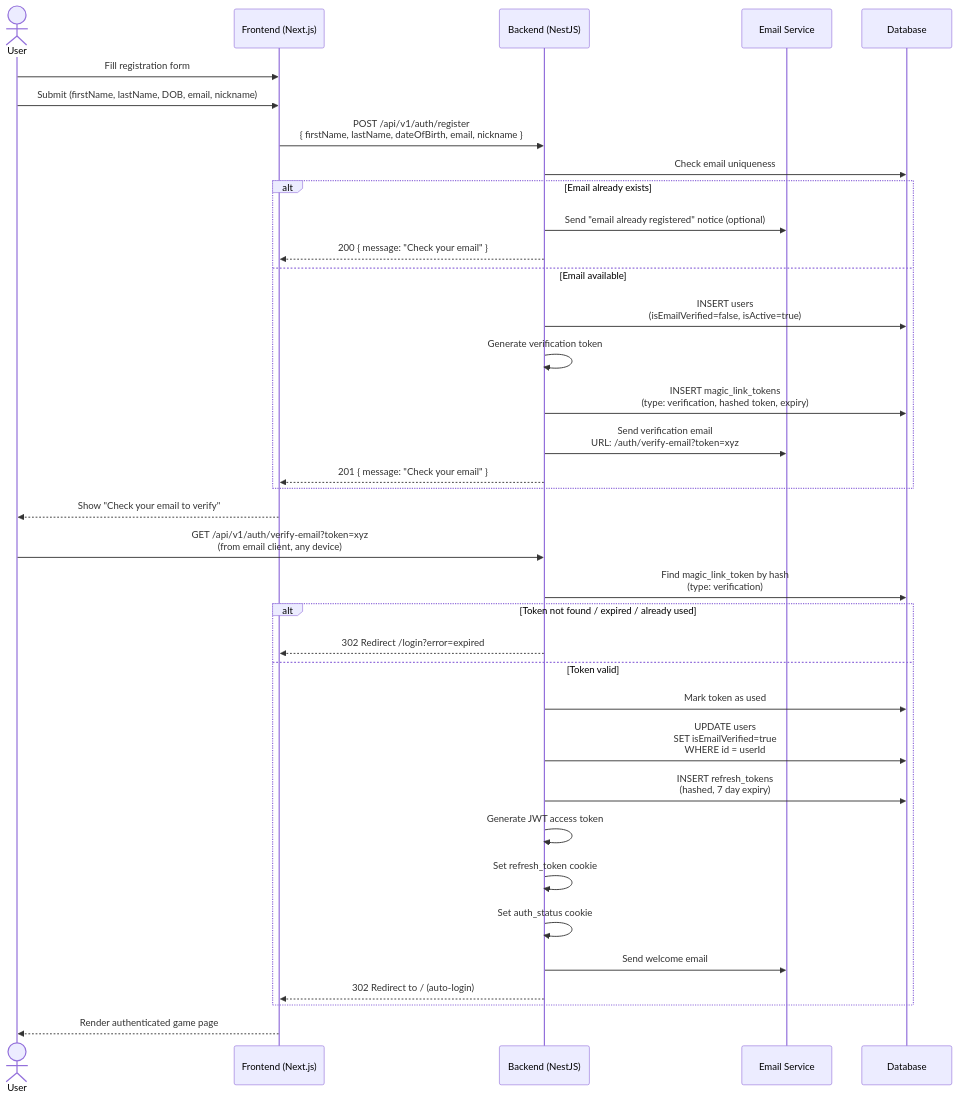
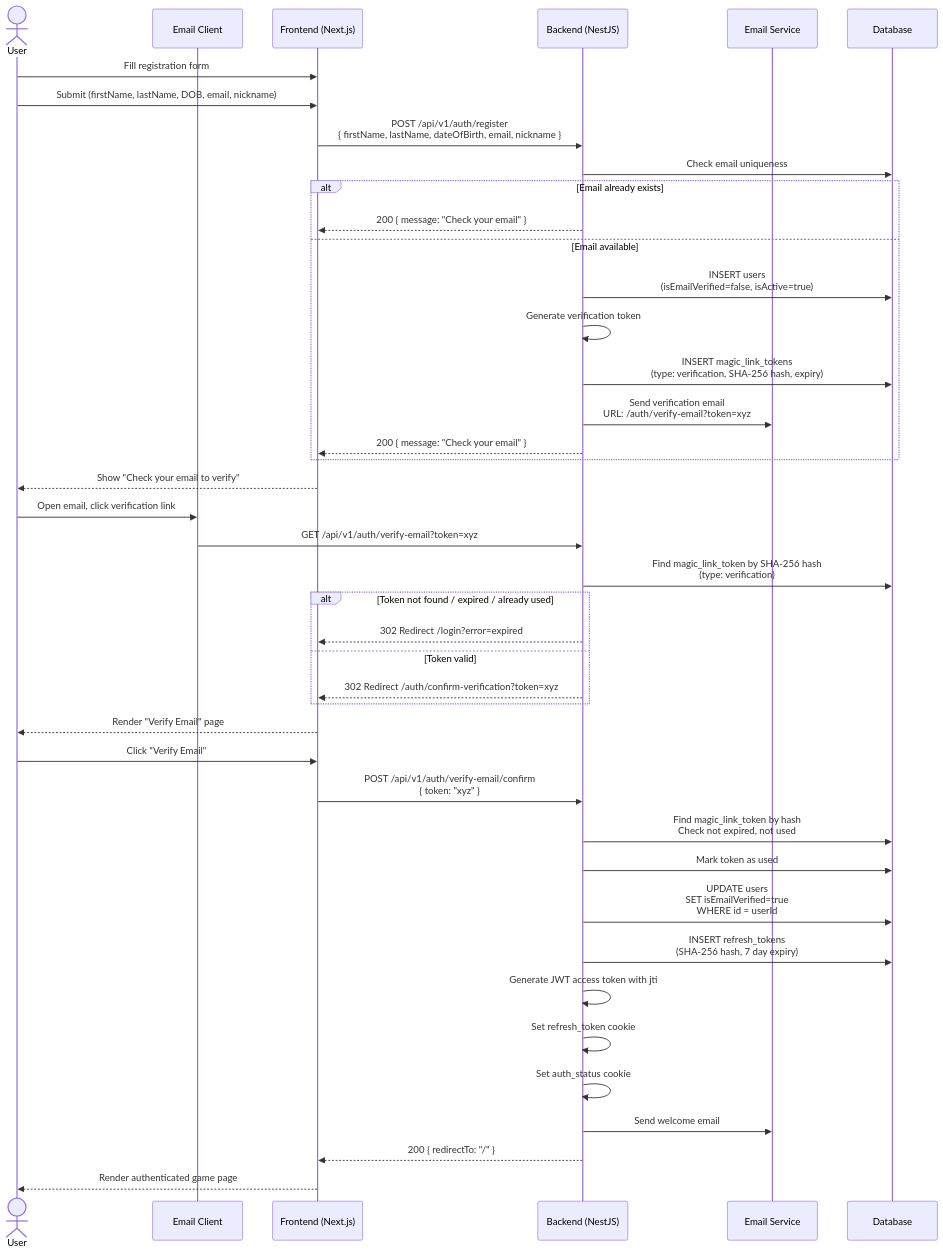
One commit to Labs-de-Games/guardiao-da-cultura changed the second of 5 diagrams in authentication-authorization-implementation-plan.md. Above: the diagram before and after it, drawn with Mermaid. The commit also changed other lines of this file, not shown here.

Commit message:
docs(auth): revise implementation plan with security fixes and architectural corrections

````diff
--- a/authentication-authorization-implementation-plan.md
+++ b/authentication-authorization-implementation-plan.md
@@ -138,44 +167,52 @@
 ```mermaid
 sequenceDiagram
     actor U as User
+    participant M as Email Client
     participant F as Frontend (Next.js)
     participant B as Backend (NestJS)
     participant E as Email Service
     participant DB as Database
 
     U->>F: Fill registration form
     U->>F: Submit (firstName, lastName, DOB, email, nickname)
     F->>B: POST /api/v1/auth/register<br/>{ firstName, lastName, dateOfBirth, email, nickname }
 
     B->>DB: Check email uniqueness
     alt Email already exists
-        B->>E: Send "email already registered" notice (optional)
         B-->>F: 200 { message: "Check your email" }
     else Email available
         B->>DB: INSERT users<br/>(isEmailVerified=false, isActive=true)
         B->>B: Generate verification token
-        B->>DB: INSERT magic_link_tokens<br/>(type: verification, hashed token, expiry)
+        B->>DB: INSERT magic_link_tokens<br/>(type: verification, SHA-256 hash, expiry)
         B->>E: Send verification email<br/>URL: /auth/verify-email?token=xyz
-        B-->>F: 201 { message: "Check your email" }
+        B-->>F: 200 { message: "Check your email" }
     end
 
     F-->>U: Show "Check your email to verify"
 
-    U->>B: GET /api/v1/auth/verify-email?token=xyz<br/>(from email client, any device)
+    U->>M: Open email, click verification link
+    M->>B: GET /api/v1/auth/verify-email?token=xyz
 
-    B->>DB: Find magic_link_token by hash<br/>(type: verification)
+    B->>DB: Find magic_link_token by SHA-256 hash<br/>(type: verification)
     alt Token not found / expired / already used
         B-->>F: 302 Redirect /login?error=expired
     else Token valid
-        B->>DB: Mark token as used
-        B->>DB: UPDATE users<br/>SET isEmailVerified=true<br/>WHERE id = userId
-        B->>DB: INSERT refresh_tokens<br/>(hashed, 7 day expiry)
-        B->>B: Generate JWT access token
-        B->>B: Set refresh_token cookie
-        B->>B: Set auth_status cookie
-        B->>E: Send welcome email
-        B-->>F: 302 Redirect to / (auto-login)
+        B-->>F: 302 Redirect /auth/confirm-verification?token=xyz
     end
+
+    F-->>U: Render "Verify Email" page
+    U->>F: Click "Verify Email"
+    F->>B: POST /api/v1/auth/verify-email/confirm<br/>{ token: "xyz" }
+
+    B->>DB: Find magic_link_token by hash<br/>Check not expired, not used
+    B->>DB: Mark token as used
+    B->>DB: UPDATE users<br/>SET isEmailVerified=true<br/>WHERE id = userId
+    B->>DB: INSERT refresh_tokens<br/>(SHA-256 hash, 7 day expiry)
+    B->>B: Generate JWT access token with jti
+    B->>B: Set refresh_token cookie
+    B->>B: Set auth_status cookie
+    B->>E: Send welcome email
+    B-->>F: 200 { redirectTo: "/" }
 
     F-->>U: Render authenticated game page
 ```
````
